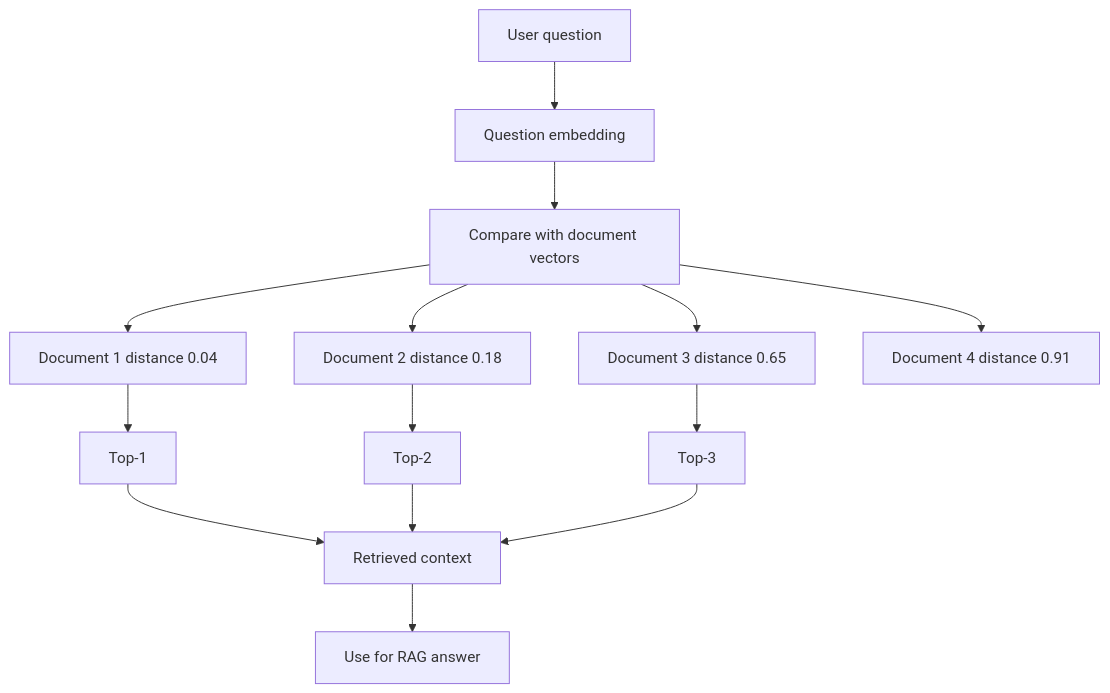
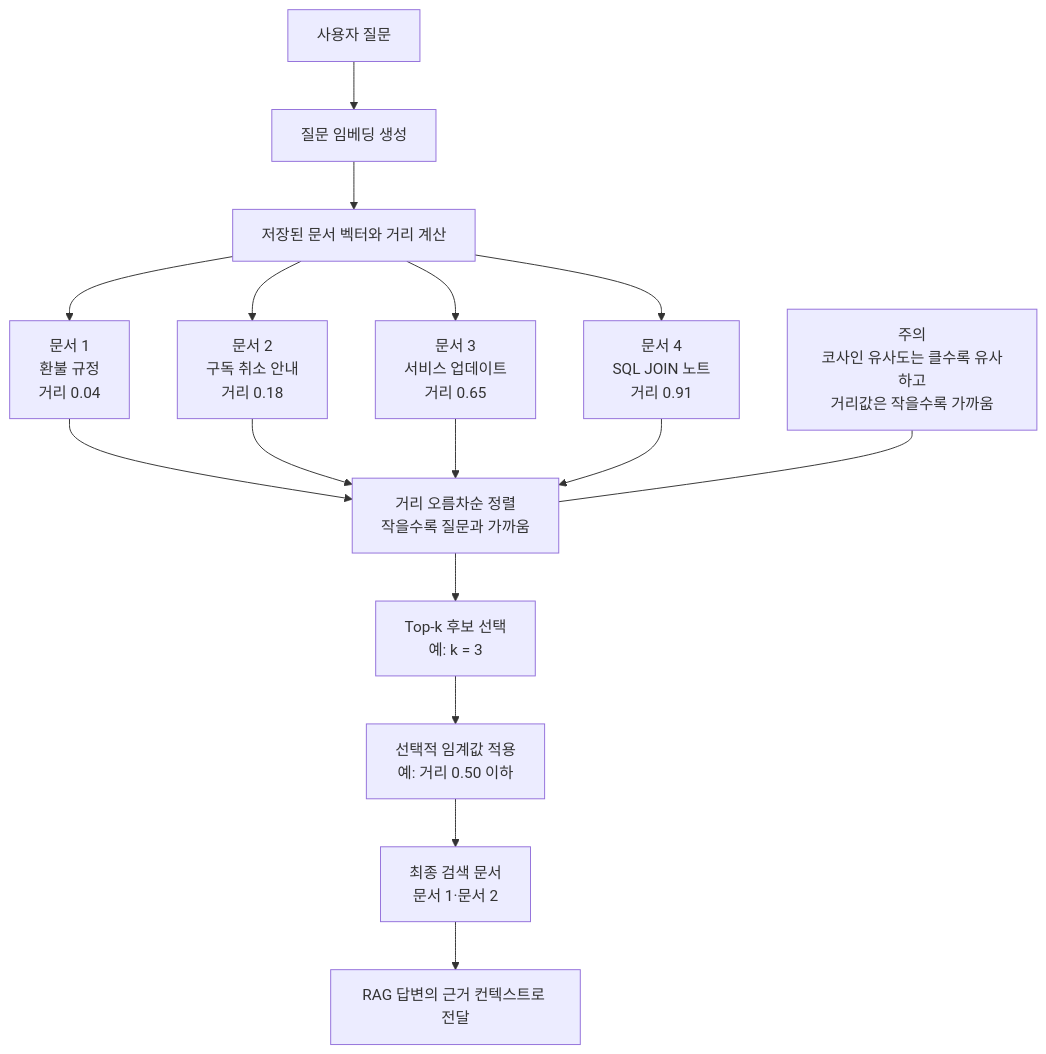
Before and after one commit to GilbertMoon/ai-database-book: the diagram in images/chapter14/ch14_03_vector_similarity_topk.mmd, drawn with Mermaid.

Commit message:
Refine chapter 14 vector similarity source

```diff
--- a/images/chapter14/ch14_03_vector_similarity_topk.mmd
+++ b/images/chapter14/ch14_03_vector_similarity_topk.mmd
@@ -1,17 +1,20 @@
 flowchart TB
-    A[User question] --> B[Question embedding]
-    B --> C[Compare with document vectors]
+    A[사용자 질문] --> B[질문 임베딩 생성]
+    B --> C[저장된 문서 벡터와 거리 계산]
 
-    C --> D[Document 1 distance 0.04]
-    C --> E[Document 2 distance 0.18]
-    C --> F[Document 3 distance 0.65]
-    C --> G[Document 4 distance 0.91]
+    C --> D1[문서 1<br/>환불 규정<br/>거리 0.04]
+    C --> D2[문서 2<br/>구독 취소 안내<br/>거리 0.18]
+    C --> D3[문서 3<br/>서비스 업데이트<br/>거리 0.65]
+    C --> D4[문서 4<br/>SQL JOIN 노트<br/>거리 0.91]
 
-    D --> H[Top-1]
-    E --> I[Top-2]
-    F --> J[Top-3]
+    D1 --> E[거리 오름차순 정렬<br/>작을수록 질문과 가까움]
+    D2 --> E
+    D3 --> E
+    D4 --> E
 
-    H --> K[Retrieved context]
-    I --> K
-    J --> K
-    K --> L[Use for RAG answer]
+    E --> F[Top-k 후보 선택<br/>예: k = 3]
+    F --> G[선택적 임계값 적용<br/>예: 거리 0.50 이하]
+    G --> H[최종 검색 문서<br/>문서 1·문서 2]
+    H --> I[RAG 답변의 근거 컨텍스트로 전달]
+
+    J[주의<br/>코사인 유사도는 클수록 유사하고<br/>거리값은 작을수록 가까움] --- E
```
